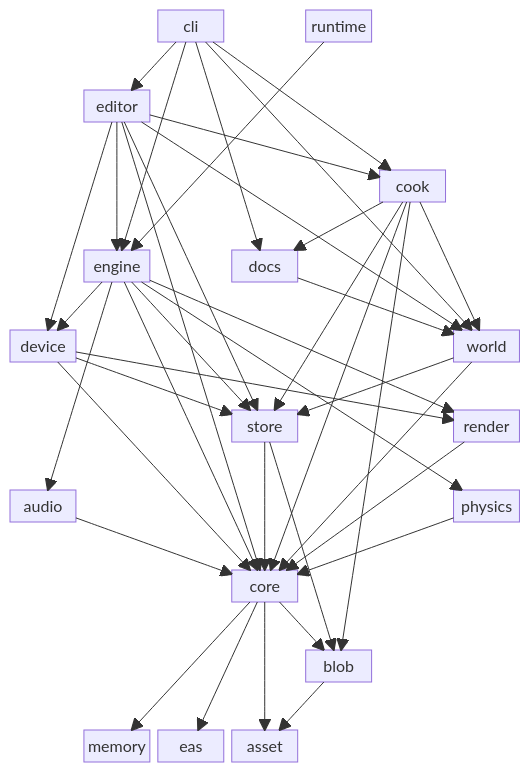
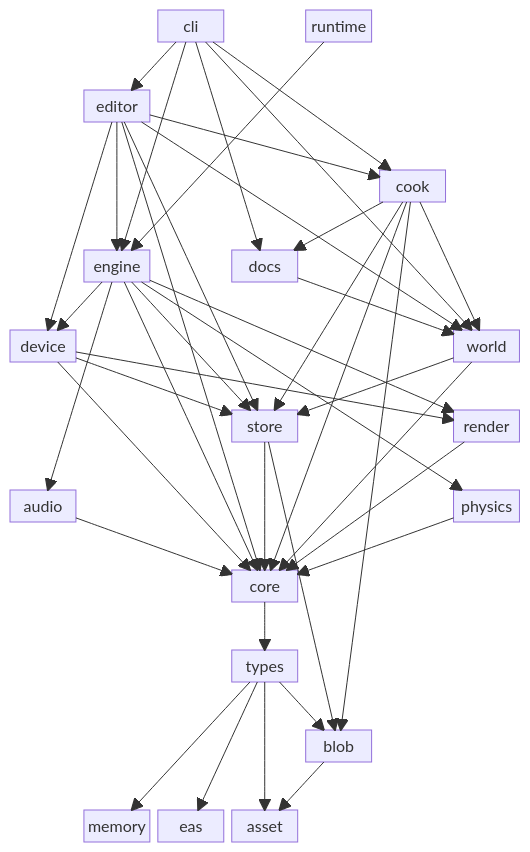
One commit to concinnitygg/concinnity changed the diagram in crates/README.md. Above: the diagram before and after it, drawn with Mermaid. The commit also changed other lines of this file and 145 other files, not shown here.

```diff
--- a/crates/README.md
+++ b/crates/README.md
@@ -84,6 +85,12 @@
 
 space:7
 
+space:3
+types
+space:3
+
+space:7
+
 space:4
 blob
 space:2
@@ -104,10 +111,12 @@
 cli --> world
 cli --> docs
 
-core --> eas
-core --> asset
-core --> blob
-core --> memory
+core --> types
+
+types --> eas
+types --> asset
+types --> blob
+types --> memory
 
 store --> core
 store --> blob
```
